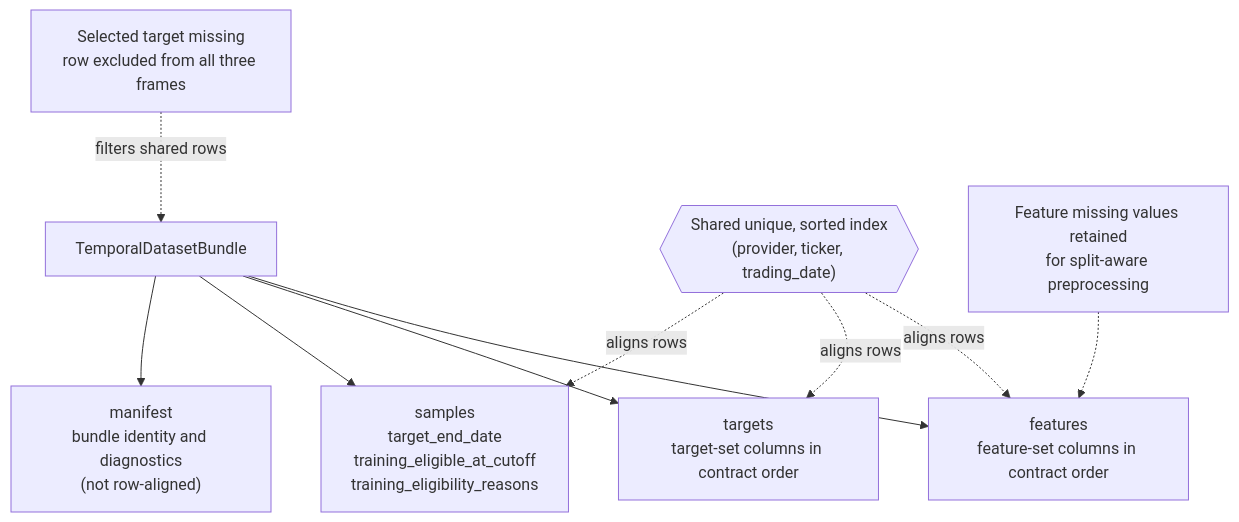
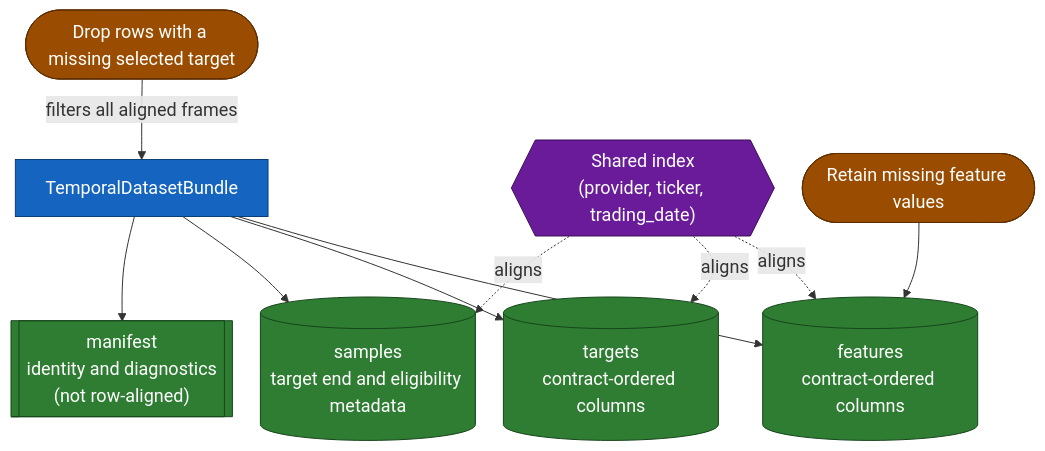
One commit to Frallmeister/swingtrader-app changed the diagram in docs/modeling/temporal-datasets.md. Above: the diagram before and after it, drawn with Mermaid. The commit also changed other lines of this file and 7 other files, not shown here.

````diff
--- a/docs/modeling/temporal-datasets.md
+++ b/docs/modeling/temporal-datasets.md
@@ -36,21 +38,31 @@
 ```mermaid
+%%{init: {"themeVariables": {"fontSize": "18px"}, "flowchart": {"nodeSpacing": 28, "rankSpacing": 34}}}%%
 flowchart TB
     bundle["TemporalDatasetBundle"]
-    index{{"Shared unique, sorted index<br/>(provider, ticker, trading_date)"}}
-    features["features<br/>feature-set columns in contract order"]
-    targets["targets<br/>target-set columns in contract order"]
-    samples["samples<br/>target_end_date<br/>training_eligible_at_cutoff<br/>training_eligibility_reasons"]
-    manifest["manifest<br/>bundle identity and diagnostics<br/>(not row-aligned)"]
-    target_rule["Selected target missing<br/>row excluded from all three frames"]
-    feature_rule["Feature missing values retained<br/>for split-aware preprocessing"]
+    index{{"Shared index<br/>(provider, ticker, trading_date)"}}
+    features[(features<br/>contract-ordered columns)]
+    targets[(targets<br/>contract-ordered columns)]
+    samples[(samples<br/>target end and eligibility metadata)]
+    manifest[["manifest<br/>identity and diagnostics<br/>(not row-aligned)"]]
+    target_rule([Drop rows with a missing selected target])
+    feature_rule([Retain missing feature values])
 
     bundle --> features
     bundle --> targets
     bundle --> samples
     bundle --> manifest
-    index -.->|aligns rows| features
-    index -.->|aligns rows| targets
-    index -.->|aligns rows| samples
-    target_rule -.->|filters shared rows| bundle
-    feature_rule -.-> features
+    index -.->|aligns| features
+    index -.->|aligns| targets
+    index -.->|aligns| samples
+    target_rule -->|filters all aligned frames| bundle
+    feature_rule --> features
+
+    classDef contract fill:#1565c0,stroke:#0d3d75,color:#ffffff
+    classDef artifact fill:#2e7d32,stroke:#17451c,color:#ffffff
+    classDef state fill:#6a1b9a,stroke:#3c0f58,color:#ffffff
+    classDef action fill:#9a4d00,stroke:#5d2e00,color:#ffffff
+    class bundle contract
+    class features,targets,samples,manifest artifact
+    class index state
+    class target_rule,feature_rule action
 ```
````
